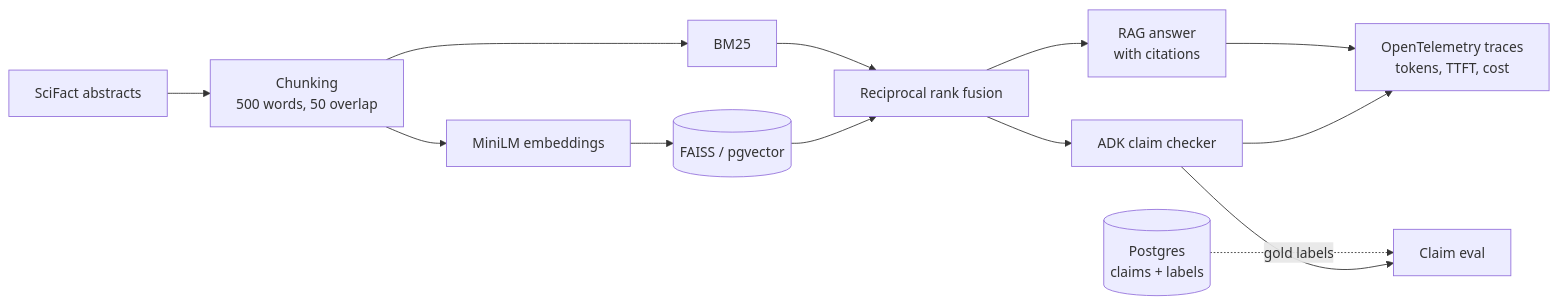
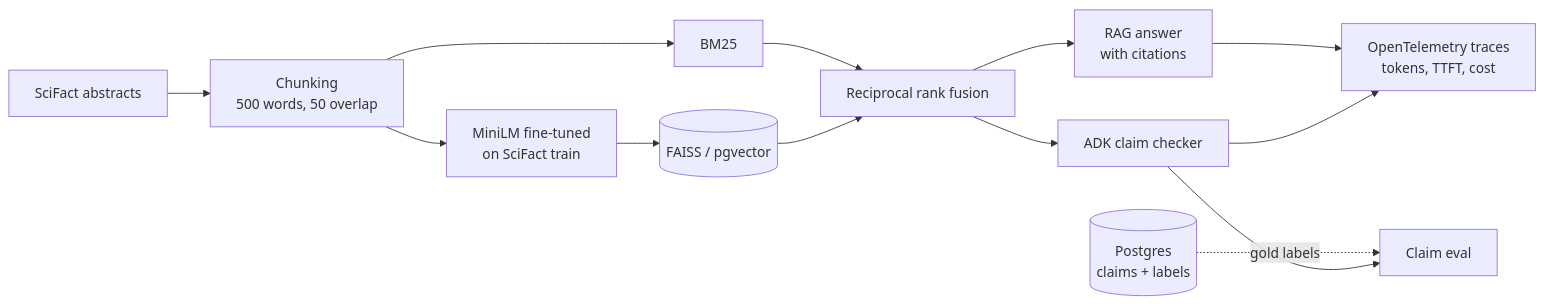
Before and after one commit to krishivwahi/scifact-hybrid-rag: the diagram in README.md, drawn with Mermaid. The commit also changed other lines of this file and 9 other files, not shown here.

Commit message:
Fine-tune MiniLM on SciFact train: dense nDCG@10 0.651 -> 0.693, hybrid 0.701 served on Cloud Run

````diff
--- a/README.md
+++ b/README.md
@@ -13,15 +13,15 @@
 ```mermaid
 graph LR
     A[SciFact abstracts] --> B[Chunking<br/>500 words, 50 overlap]
     B --> C[BM25]
-    B --> D[MiniLM embeddings]
+    B --> D[MiniLM fine-tuned<br/>on SciFact train]
     D --> E[(FAISS / pgvector)]
     C --> F[Reciprocal rank fusion]
     E --> F
     F --> G[RAG answer<br/>with citations]
     F --> H[ADK claim checker]
     L[(Postgres<br/>claims + labels)] -.gold labels.-> I[Claim eval]
     H --> I
     G --> J[OpenTelemetry traces<br/>tokens, TTFT, cost]
     H --> J
 ```
````
